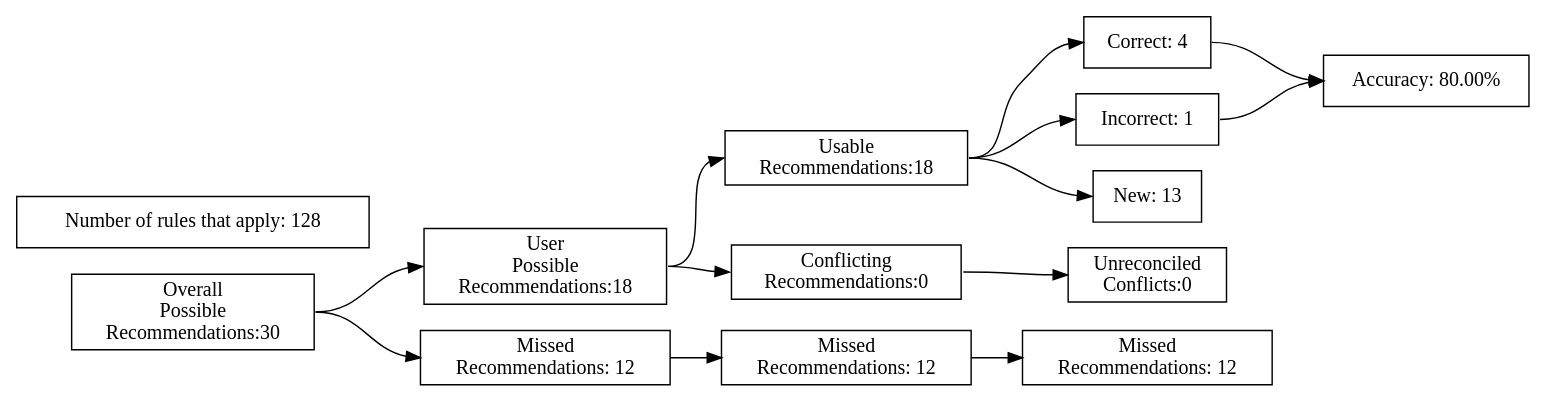
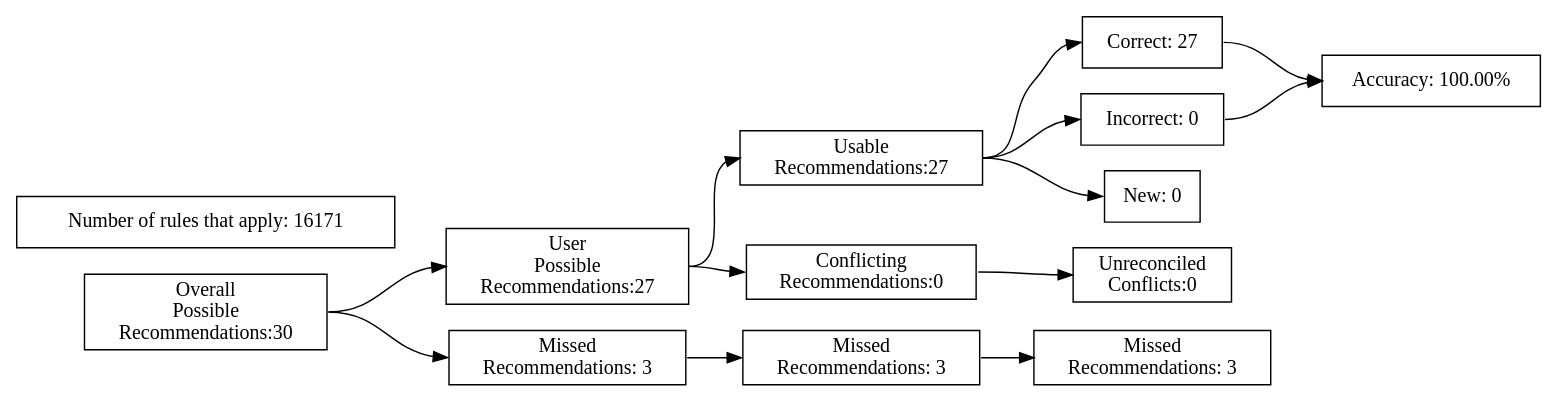
The diagram in test_renders/8.gv (ZaxR/ibd_diet_analysis), drawn with Graphviz before and after one commit. The commit also changed 78 other files, not shown here.

```diff
--- a/test_renders/8.gv
+++ b/test_renders/8.gv
@@ -1,40 +1,40 @@
 digraph {
 	graph [rankdir=LR]
 	node [pos=r shape=box]
 	edge [headport=w tailport=e]
 		A [label="Overall
 Possible
 Recommendations:30"]
 		B [label="User
 Possible
-Recommendations:18"]
+Recommendations:27"]
 		C [label="Missed
-Recommendations: 12"]
+Recommendations: 3"]
 		D [label="Usable
-Recommendations:18"]
+Recommendations:27"]
 		E [label="Conflicting
 Recommendations:0"]
 		J [label="Missed
-Recommendations: 12"]
+Recommendations: 3"]
 		M [label="Unreconciled
 Conflicts:0"]
-		F [label="Correct: 4"]
-		G [label="Incorrect: 1"]
-		H [label="New: 13"]
+		F [label="Correct: 27"]
+		G [label="Incorrect: 0"]
+		H [label="New: 0"]
 		K [label="Missed
-Recommendations: 12"]
-		I [label="Accuracy: 80.00%"]
-		l [label="Number of rules that apply: 128"]
+Recommendations: 3"]
+		I [label="Accuracy: 100.00%"]
+		l [label="Number of rules that apply: 16171"]
 			A -> B
 			A -> C
 			B -> D
 			B -> E
 			D -> F
 			D -> G
 			D -> H
 			F -> I
 			G -> I
 			C -> J
 			J -> K
 			E -> M
 }
```
